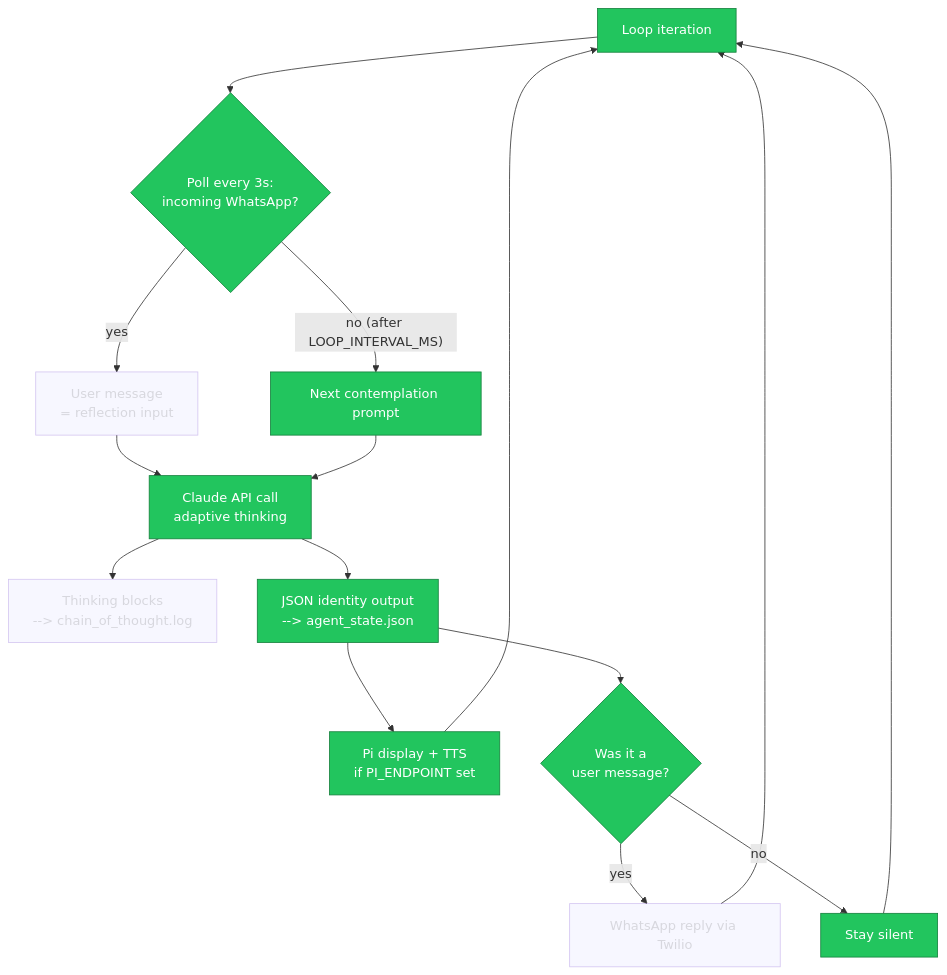
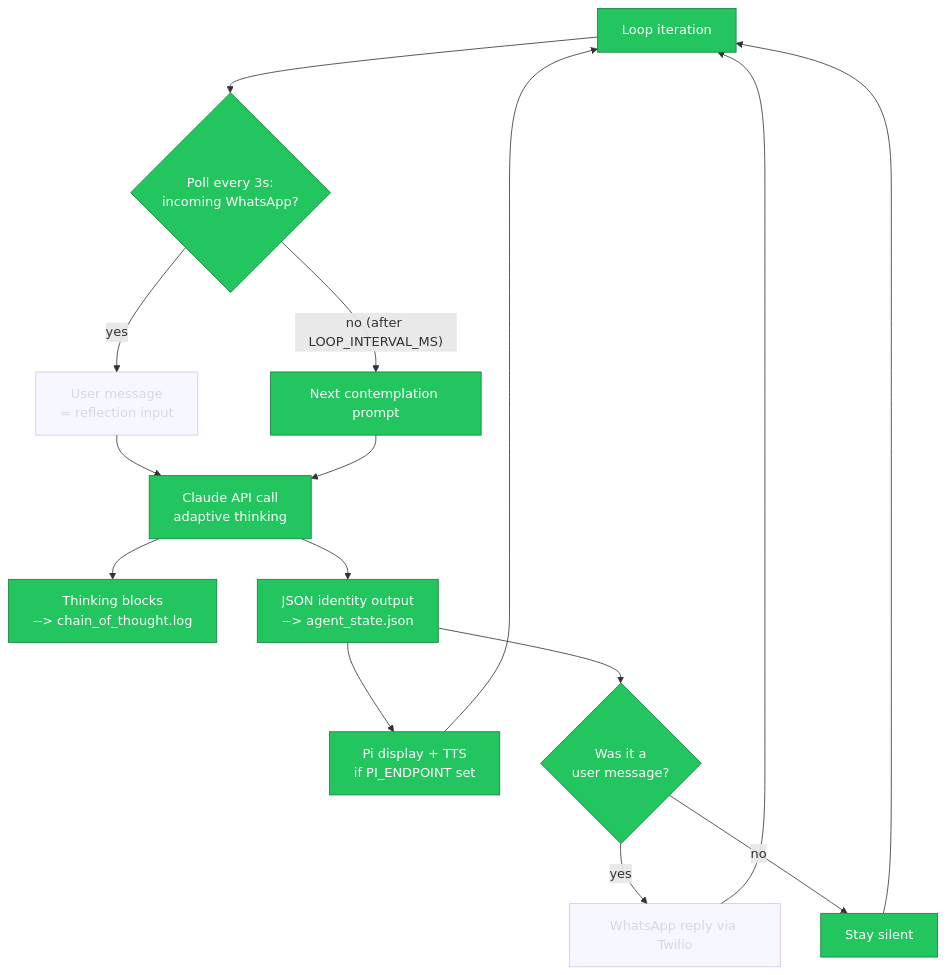
One commit to jbisaccia-9/identity-gate changed the diagram in README.md. Above: the diagram before and after it, drawn with Mermaid. The commit also changed other lines of this file, not shown here.

Commit message:
render: live flow diagram [skip ci]

````diff
--- a/README.md
+++ b/README.md
@@ -34,21 +34,21 @@
 ```mermaid
 flowchart TD
     A[Loop iteration] --> B{Poll every 3s:<br/>incoming WhatsApp?}
     B -- yes --> C[User message<br/>= reflection input]
     B -- "no (after LOOP_INTERVAL_MS)" --> D[Next contemplation prompt]
     C --> E[Claude API call<br/>adaptive thinking]
     D --> E
     E --> F[Thinking blocks<br/>--> chain_of_thought.log]
     E --> G[JSON identity output<br/>--> agent_state.json]
     G --> H[Pi display + TTS<br/>if PI_ENDPOINT set]
     G --> I{Was it a<br/>user message?}
     I -- yes --> J[WhatsApp reply via Twilio]
     I -- no --> K[Stay silent]
     J --> A
     K --> A
     H --> A
     classDef active fill:#22c55e,stroke:#15803d,color:#fff
     classDef dormant opacity:0.4
-    class A,B,D,E,G,H,I,K active
-    class C,F,J dormant
+    class A,B,D,E,F,G,H,I,K active
+    class C,J dormant
 ```
````
